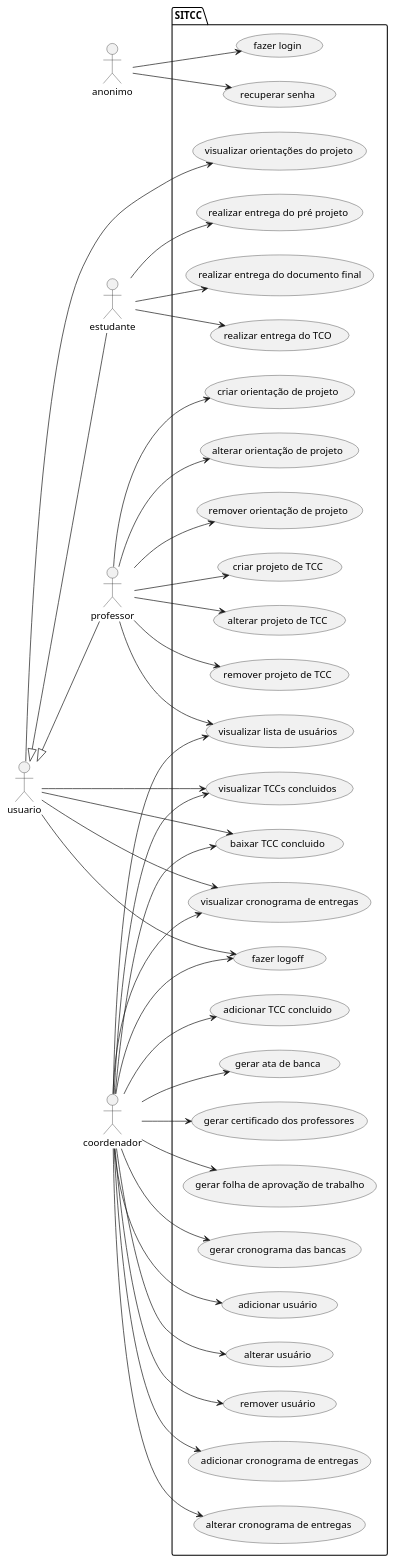
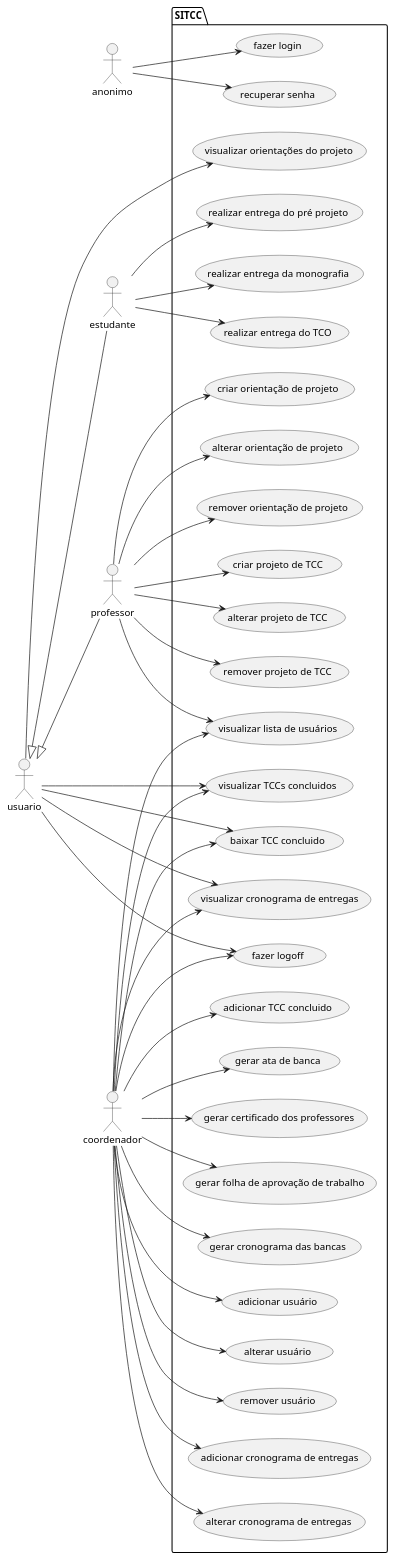
The diagram in reqs.md (EngProjTCC/SITCC), drawn with PlantUML before and after one commit. The commit also changed other lines of this file, not shown here.

````diff
--- a/reqs.md
+++ b/reqs.md
@@ -21,76 +21,76 @@
 ```plantuml
 @startuml
 left to right direction
 actor anonimo as a
 actor usuario as u
 actor estudante as e
 actor professor as p
 actor coordenador as c
 
 u <|-- e
 u <|-- p
 
 package SITCC {
   usecase "recuperar senha" as UC01
   usecase "fazer login" as UC02
   usecase "fazer logoff" as UC03
   usecase "visualizar TCCs concluidos" as UC04
   usecase "baixar TCC concluido" as UC05
   usecase "visualizar orientações do projeto" as UC06
   usecase "visualizar cronograma de entregas" as UC07
   usecase "realizar entrega do TCO" as UC08
   usecase "realizar entrega do pré projeto" as UC09
-  usecase "realizar entrega do documento final" as UC10
+  usecase "realizar entrega da monografia" as UC10
   usecase "criar projeto de TCC" as UC11  
   usecase "alterar projeto de TCC" as UC12
   usecase "remover projeto de TCC" as UC13
   usecase "criar orientação de projeto" as UC14
   usecase "alterar orientação de projeto" as UC15
   usecase "remover orientação de projeto" as UC16
   usecase "visualizar lista de usuários" as UC17
   usecase "adicionar usuário" as UC18
   usecase "alterar usuário" as UC19
   usecase "remover usuário" as UC20
   usecase "adicionar cronograma de entregas" as UC21
   usecase "alterar cronograma de entregas" as UC22
   usecase "adicionar TCC concluido" as UC23
   usecase "gerar ata de banca" as UC24
   usecase "gerar certificado dos professores" as UC25
   usecase "gerar folha de aprovação de trabalho" as UC26
   usecase "gerar cronograma das bancas" as UC27
   
 }
 a --> UC01
 a --> UC02
 u --> UC03
 u --> UC04
 u --> UC05
 u --> UC06
 u --> UC07
 e --> UC08
 e --> UC09
 e --> UC10
 p --> UC11
 p --> UC12
 p --> UC13
 p --> UC14
 p --> UC15
 p --> UC16
 p --> UC17
 c --> UC03
 c --> UC04
 c --> UC05
 c --> UC07
 c --> UC17
 c --> UC18
 c --> UC19
 c --> UC20
 c --> UC21
 c --> UC22
 c --> UC23
 c --> UC24
 c --> UC25
 c --> UC26
 c --> UC27
 @enduml
 ```
````
